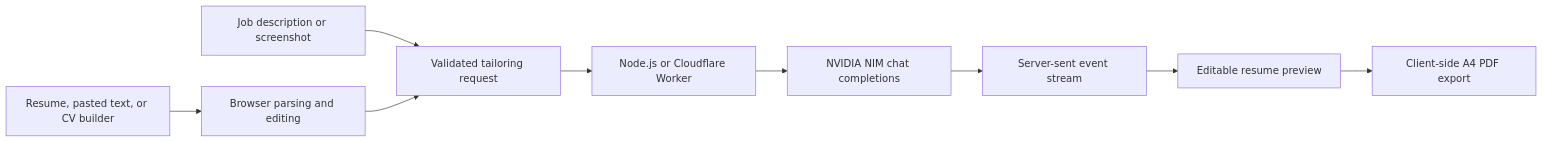
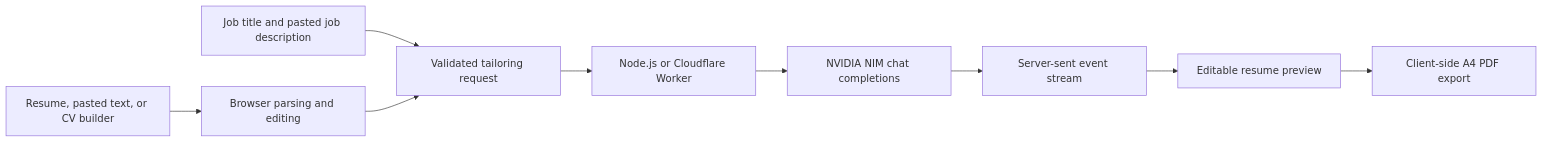
The diagram in README.md (ziadsalama95/cv-tailor), drawn with Mermaid before and after one commit. The commit also changed other lines of this file, not shown here.

Commit message:
docs: clarify text-only job description input

````diff
--- a/README.md
+++ b/README.md
@@ -30,11 +30,11 @@
 ```mermaid
 flowchart LR
     A[Resume, pasted text, or CV builder] --> B[Browser parsing and editing]
-    C[Job description or screenshot] --> D[Validated tailoring request]
+    C[Job title and pasted job description] --> D[Validated tailoring request]
     B --> D
     D --> E[Node.js or Cloudflare Worker]
     E --> F[NVIDIA NIM chat completions]
     F --> G[Server-sent event stream]
     G --> H[Editable resume preview]
     H --> I[Client-side A4 PDF export]
 ```
````
